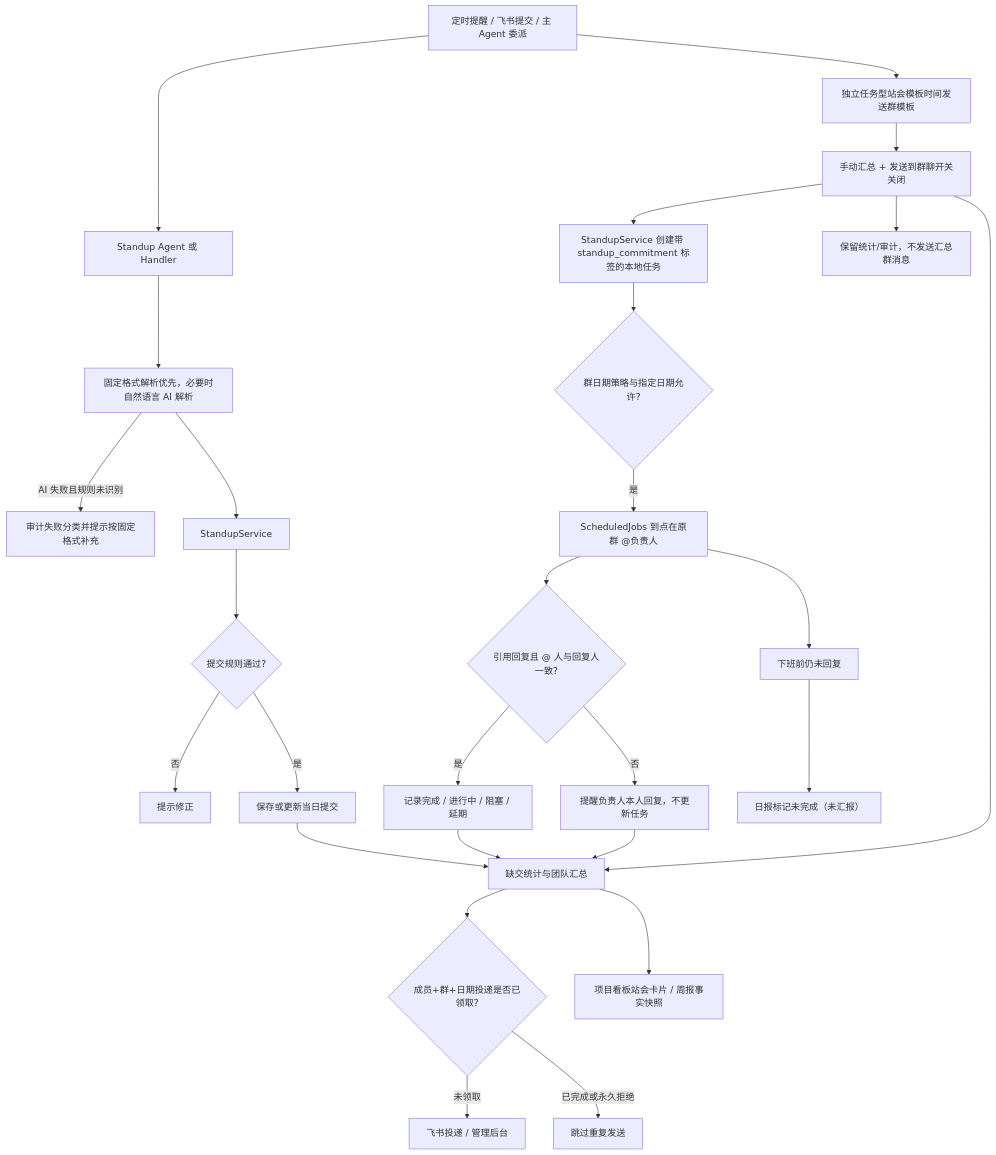
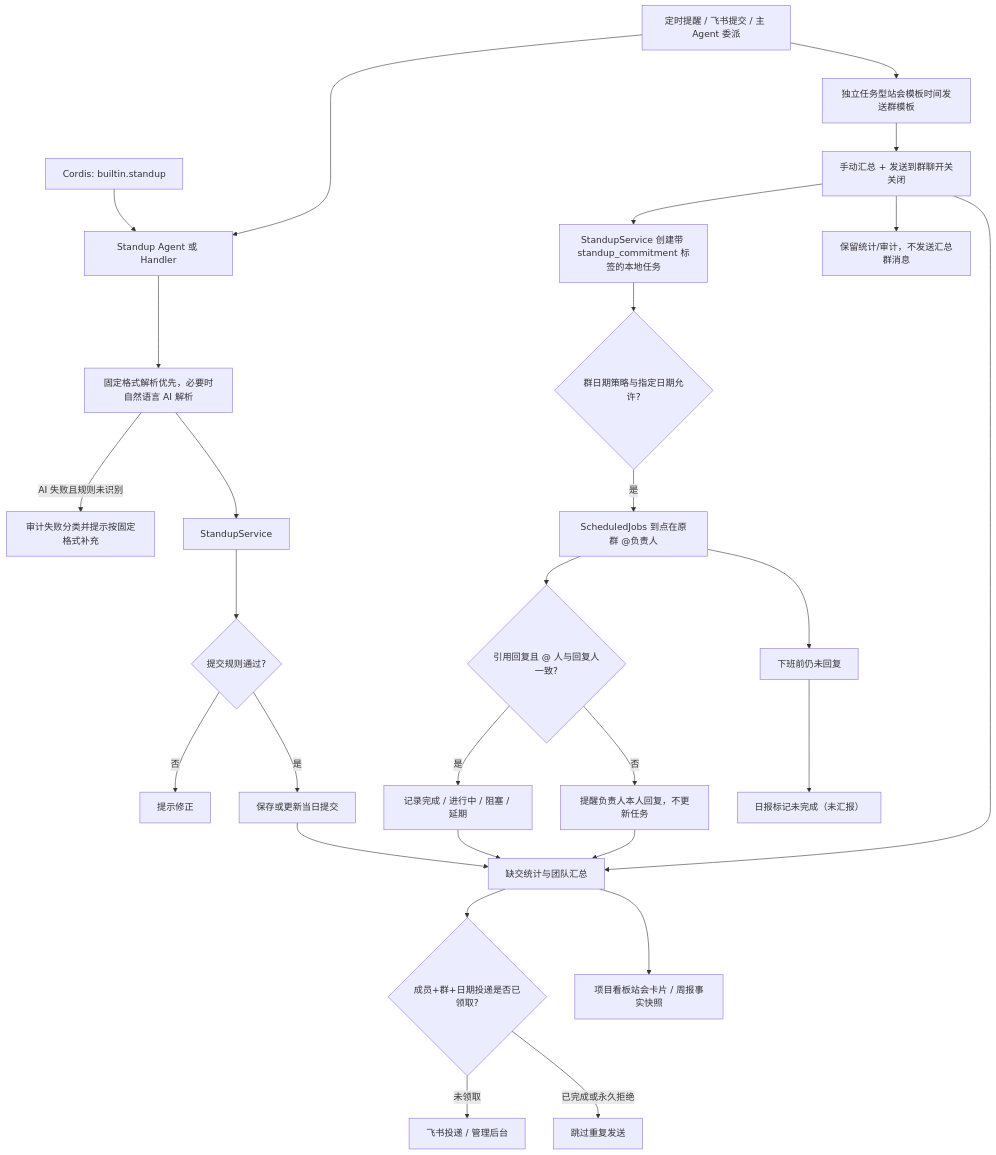
The diagram in backend/src/domains/standup/FEATURE.md (KlayPeter/AI-Delivery-Ops-Agent), drawn with Mermaid before and after one commit. The commit also changed other lines of this file and 47 other files, not shown here.

````diff
--- a/backend/src/domains/standup/FEATURE.md
+++ b/backend/src/domains/standup/FEATURE.md
@@ -22,29 +22,30 @@
 ```mermaid
 flowchart TD
+    PL["Cordis: builtin.standup"] --> B
     A["定时提醒 / 飞书提交 / 主 Agent 委派"] --> B["Standup Agent 或 Handler"]
     B --> C["固定格式解析优先，必要时自然语言 AI 解析"]
     C -- "AI 失败且规则未识别" --> X["审计失败分类并提示按固定格式补充"]
     C --> D["StandupService"]
     D --> E{"提交规则通过?"}
     E -- 否 --> F["提示修正"]
     E -- 是 --> G["保存或更新当日提交"]
     G --> H["缺交统计与团队汇总"]
     A --> M["独立任务型站会模板时间发送群模板"]
     M --> M2["成员引用模板 @负责人登记事项和交付时间"]
     M2 --> N["StandupService 创建带 standup_commitment 标签的本地任务"]
     N --> HC{"群日期策略与指定日期允许?"}
     HC -- "是" --> O["ScheduledJobs 到点在原群 @负责人"]
     O --> P{"引用回复且 @ 人与回复人一致?"}
     P -- "是" --> Q["记录完成 / 进行中 / 阻塞 / 延期"]
     P -- "否" --> R["提醒负责人本人回复，不更新任务"]
     O --> R2["下班前仍未回复"]
     R2 --> R3["日报标记未完成（未汇报）"]
     Q --> H
     R --> H
     H --> K{"成员+群+日期投递是否已领取?"}
     K -- "未领取" --> I["飞书投递 / 管理后台"]
     K -- "已完成或永久拒绝" --> L["跳过重复发送"]
     M2["手动汇总 + 发送到群聊开关关闭"] --> H
     M2 --> N2["保留统计/审计，不发送汇总群消息"]
     H --> J["项目看板站会卡片 / 周报事实快照"]
 ```
````
